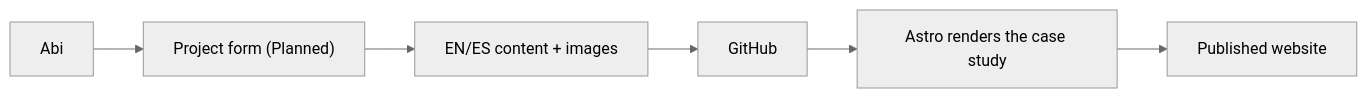
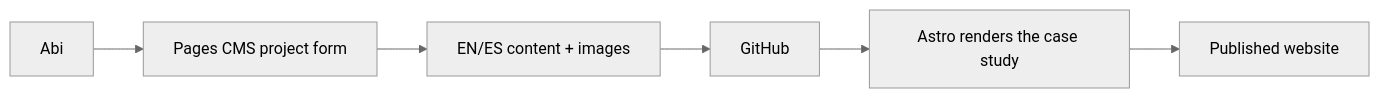
One commit to abicaride/abicaride.com changed the third of 6 diagrams in docs/WORKFLOW.md. Above: the diagram before and after it, drawn with Mermaid (neutral theme). The commit also changed other lines of this file and 5 other files, not shown here.

Commit message:
feat: adopt Pages CMS for projects

````diff
--- a/docs/WORKFLOW.md
+++ b/docs/WORKFLOW.md
@@ -82,8 +94,8 @@
 ```mermaid
 flowchart LR
-    ABI["Abi"] --> FORM["Project form (Planned)"]
+    ABI["Abi"] --> FORM["Pages CMS project form"]
     FORM --> CONTENT["EN/ES content + images"]
     CONTENT --> GIT["GitHub"]
     GIT --> ASTRO["Astro renders the case study"]
     ASTRO --> SITE["Published website"]
 ```
````
